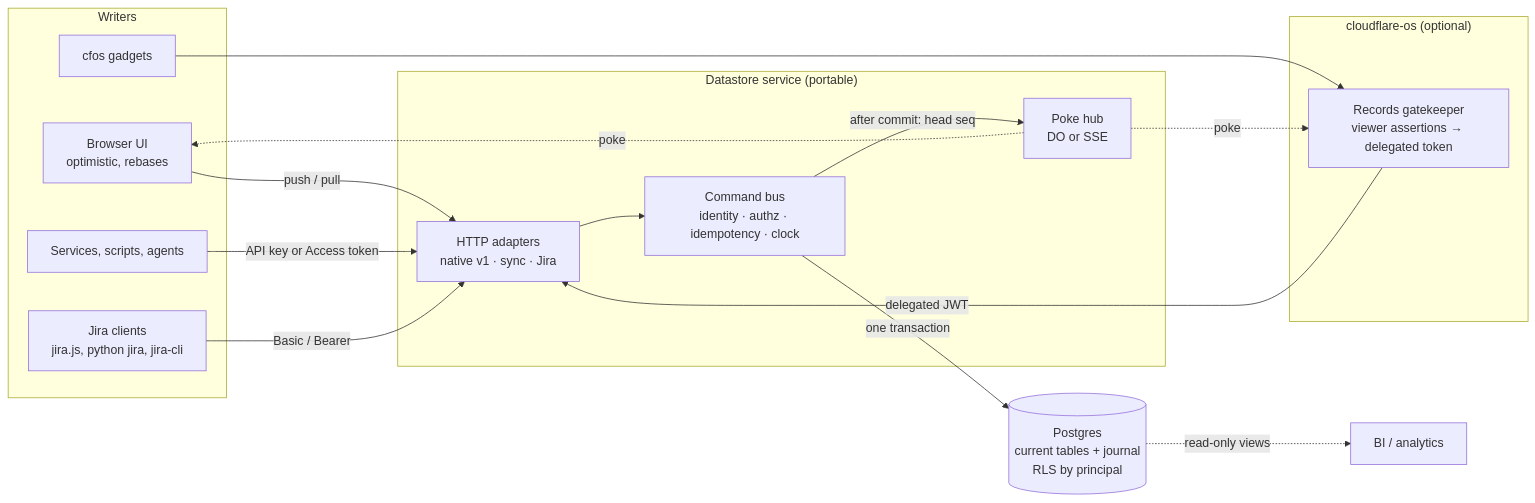
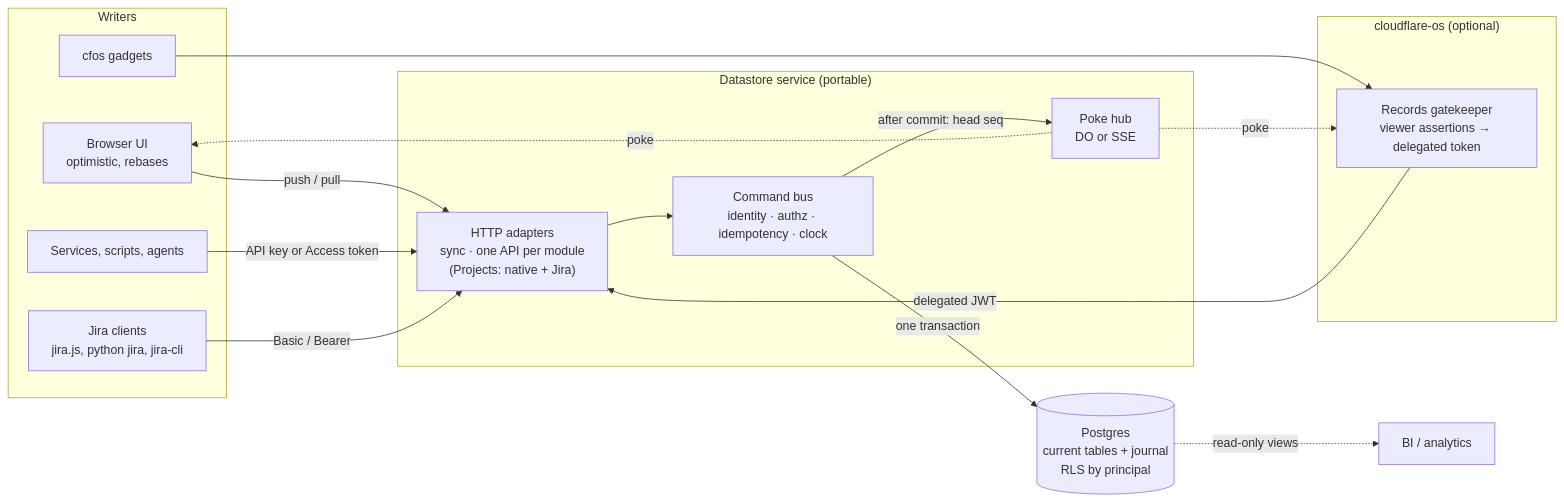
The first of 2 diagrams in docs/plans/external_datastores/canonical-postgres-datastore.md (harryrobbins/cloudflare-os-starter), drawn with Mermaid before and after one commit. The commit also changed other lines of this file and 2 other files, not shown here.

First line of the commit message:
Make per-module data models and APIs explicit in the datastore plans

````diff
--- a/docs/plans/external_datastores/canonical-postgres-datastore.md
+++ b/docs/plans/external_datastores/canonical-postgres-datastore.md
@@ -30,26 +31,26 @@
 ```mermaid
 flowchart LR
   subgraph writers["Writers"]
     UI["Browser UI<br/>optimistic, rebases"]
     GD["cfos gadgets"]
     EXT["Services, scripts, agents"]
     JC["Jira clients<br/>jira.js, python jira, jira-cli"]
   end
   subgraph cfos["cloudflare-os (optional)"]
     GW["Records gatekeeper<br/>viewer assertions → delegated token"]
   end
   subgraph svc["Datastore service (portable)"]
-    API["HTTP adapters<br/>native v1 · sync · Jira"]
+    API["HTTP adapters<br/>sync · one API per module<br/>(Projects: native + Jira)"]
     CB["Command bus<br/>identity · authz · idempotency · clock"]
     HUB["Poke hub<br/>DO or SSE"]
   end
   PG[("Postgres<br/>current tables + journal<br/>RLS by principal")]
   UI -->|"push / pull"| API
   GD --> GW -->|"delegated JWT"| API
   EXT -->|"API key or Access token"| API
   JC -->|"Basic / Bearer"| API
   API --> CB -->|"one transaction"| PG
   CB -->|"after commit: head seq"| HUB
   HUB -.->|"poke"| UI & GW
   PG -.->|"read-only views"| BI["BI / analytics"]
 ```
````
